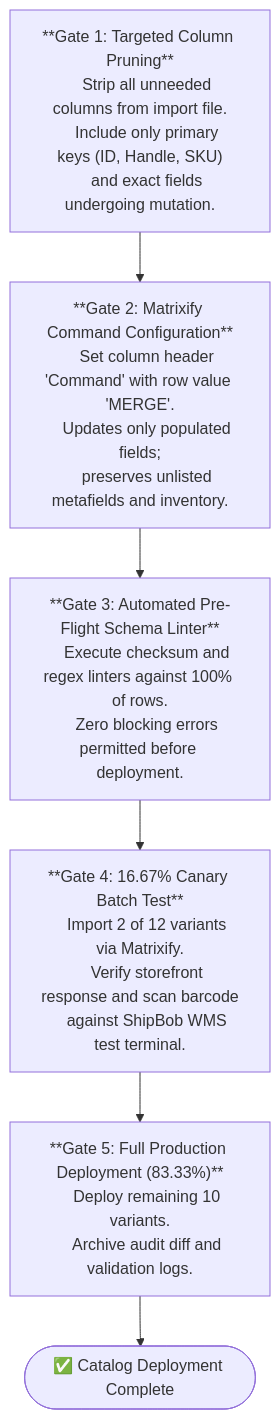
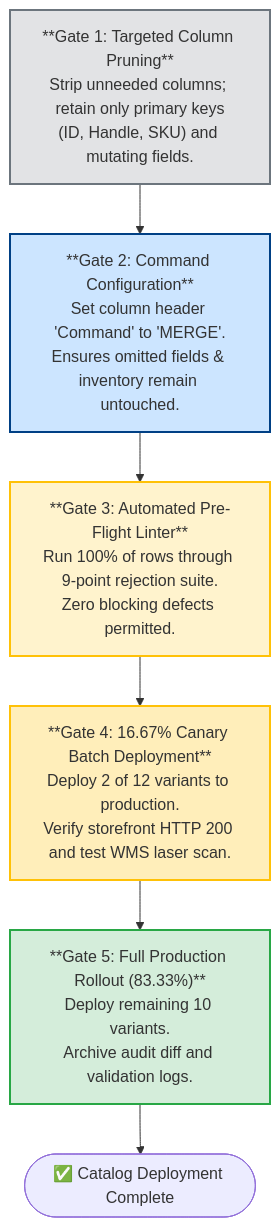
One commit to riovicsusas/portfolio changed the third of 3 diagrams in master-dossiers/MasterDossier-Domain3-BulkCatalogSchemaGovernance.md. Above: the diagram before and after it, drawn with Mermaid. The commit also changed other lines of this file and 1 other file, not shown here.

````diff
--- a/master-dossiers/MasterDossier-Domain3-BulkCatalogSchemaGovernance.md
+++ b/master-dossiers/MasterDossier-Domain3-BulkCatalogSchemaGovernance.md
@@ -115,27 +347,20 @@
 ```mermaid
 flowchart TD
-    G1["**Gate 1: Targeted Column Pruning**
-    Strip all unneeded columns from import file.
-    Include only primary keys (ID, Handle, SKU)
-    and exact fields undergoing mutation."] --> G2
+    G1["**Gate 1: Targeted Column Pruning**<br/>Strip unneeded columns; retain only primary keys<br/>(ID, Handle, SKU) and mutating fields."] --> G2
 
-    G2["**Gate 2: Matrixify Command Configuration**
-    Set column header 'Command' with row value 'MERGE'.
-    Updates only populated fields;
-    preserves unlisted metafields and inventory."] --> G3
+    G2["**Gate 2: Command Configuration**<br/>Set column header 'Command' to 'MERGE'.<br/>Ensures omitted fields & inventory remain untouched."] --> G3
 
-    G3["**Gate 3: Automated Pre-Flight Schema Linter**
-    Execute checksum and regex linters against 100% of rows.
-    Zero blocking errors permitted before deployment."] --> G4
+    G3["**Gate 3: Automated Pre-Flight Linter**<br/>Run 100% of rows through 9-point rejection suite.<br/>Zero blocking defects permitted."] --> G4
 
-    G4["**Gate 4: 16.67% Canary Batch Test**
-    Import 2 of 12 variants via Matrixify.
-    Verify storefront response and scan barcode
-    against ShipBob WMS test terminal."] --> G5
+    G4["**Gate 4: 16.67% Canary Batch Deployment**<br/>Deploy 2 of 12 variants to production.<br/>Verify storefront HTTP 200 and test WMS laser scan."] --> G5
 
-    G5["**Gate 5: Full Production Deployment (83.33%)**
-    Deploy remaining 10 variants.
-    Archive audit diff and validation logs."]
+    G5["**Gate 5: Full Production Rollout (83.33%)**<br/>Deploy remaining 10 variants.<br/>Archive audit diff and validation logs."]
 
     G5 --> Done(["✅ Catalog Deployment Complete"])
+
+    style G1 fill:#e2e3e5,stroke:#6c757d,stroke-width:2px;
+    style G2 fill:#cce5ff,stroke:#004085,stroke-width:2px;
+    style G3 fill:#fff3cd,stroke:#ffc107,stroke-width:2px;
+    style G4 fill:#ffeeba,stroke:#ffc107,stroke-width:2px;
+    style G5 fill:#d4edda,stroke:#28a745,stroke-width:2px;
 ```
````
